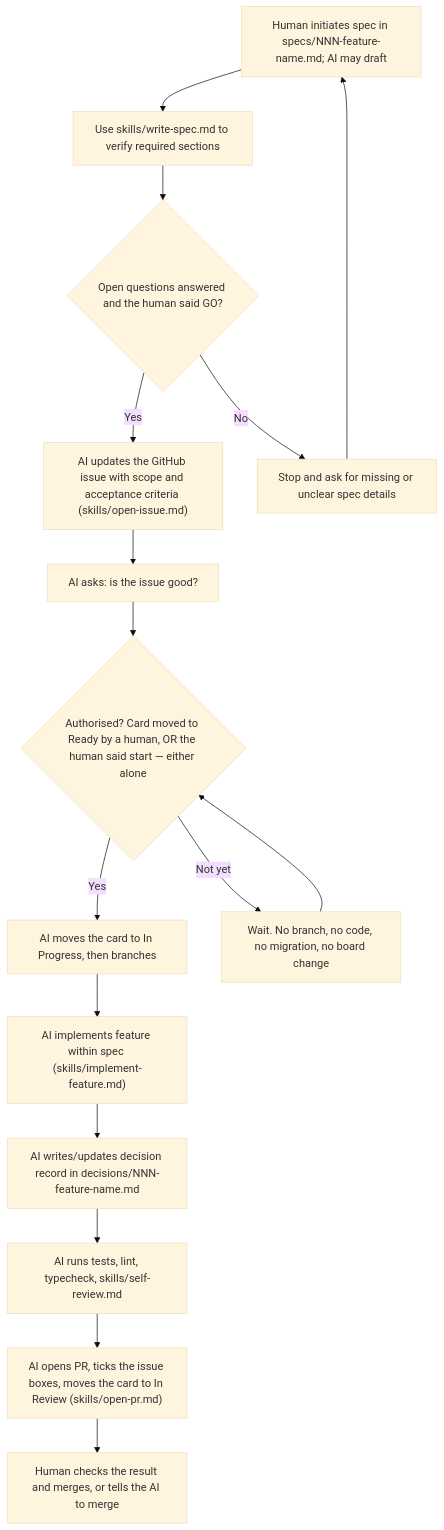
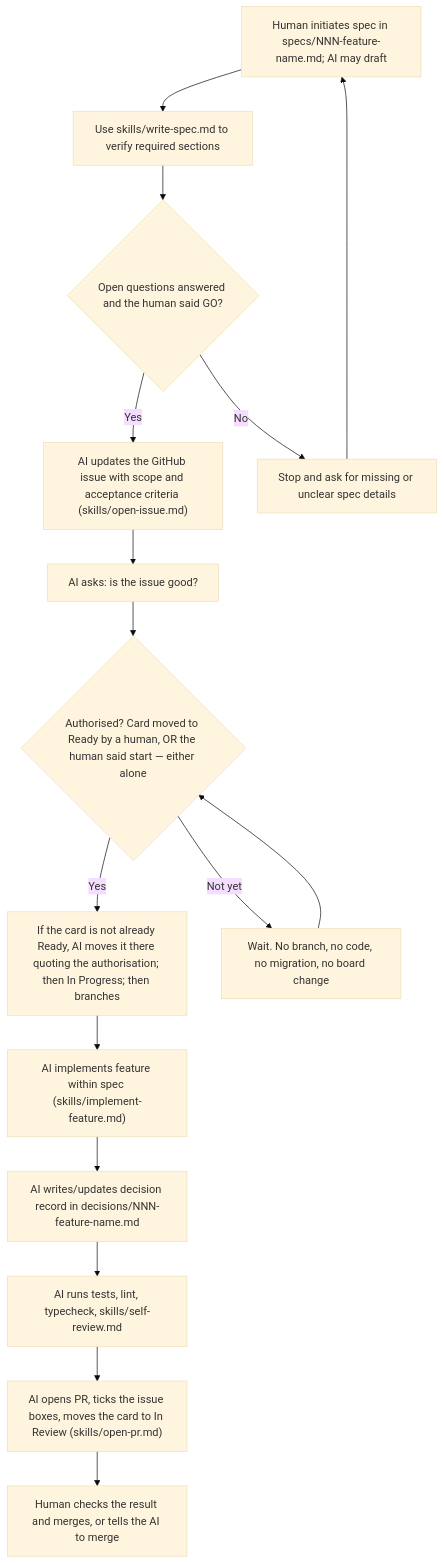
Before and after one commit to koodauspaja/footy-trends: the diagram in README.md, drawn with Mermaid (base theme). The commit also changed other lines of this file and 3 other files, not shown here.

````diff
--- a/README.md
+++ b/README.md
@@ -159,23 +159,23 @@
 ```mermaid
 flowchart TD
   Human_spec["Human initiates spec in specs/NNN-feature-name.md; AI may draft"]
   Spec_checklist["Use skills/write-spec.md to verify required sections"]
   Spec_confirmed{"Open questions answered and the human said GO?"}
   AI_issue["AI updates the GitHub issue with scope and acceptance criteria (skills/open-issue.md)"]
   AI_asks["AI asks: is the issue good?"]
   Human_ready{"Authorised? Card moved to Ready by a human, OR the human said start — either alone"}
-  AI_branch["AI moves the card to In Progress, then branches"]
+  AI_branch["If the card is not already Ready, AI moves it there quoting the authorisation; then In Progress; then branches"]
   AI_implement["AI implements feature within spec (skills/implement-feature.md)"]
   AI_decision["AI writes/updates decision record in decisions/NNN-feature-name.md"]
   AI_checks["AI runs tests, lint, typecheck, skills/self-review.md"]
   AI_open_pr["AI opens PR, ticks the issue boxes, moves the card to In Review (skills/open-pr.md)"]
   Human_merge["Human checks the result and merges, or tells the AI to merge"]
   Ask_for_info["Stop and ask for missing or unclear spec details"]
   Wait["Wait. No branch, no code, no migration, no board change"]
 
   Human_spec --> Spec_checklist --> Spec_confirmed
   Spec_confirmed -->|Yes| AI_issue --> AI_asks --> Human_ready
   Spec_confirmed -->|No| Ask_for_info --> Human_spec
   Human_ready -->|Yes| AI_branch --> AI_implement --> AI_decision --> AI_checks --> AI_open_pr --> Human_merge
   Human_ready -->|"Not yet"| Wait --> Human_ready
 ```
````
